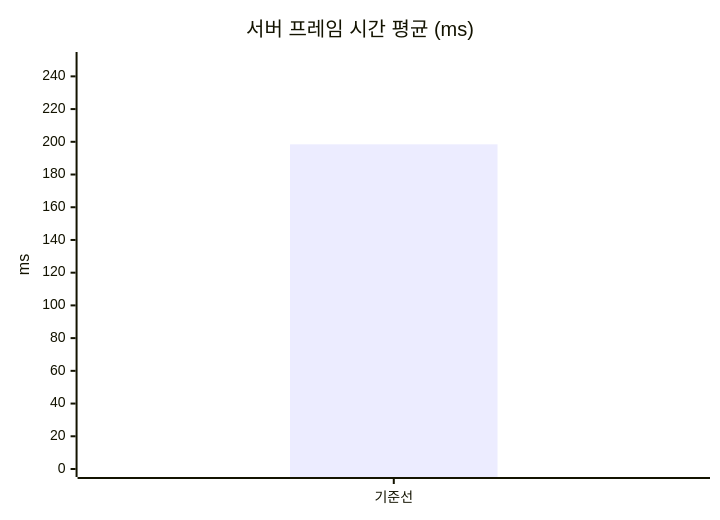
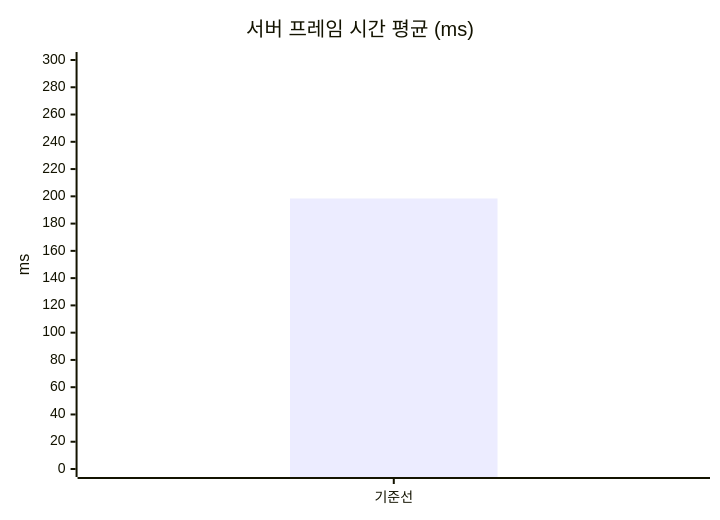
Before and after one commit to hon454/ue-dedicated-server-optimization-lab: the second of 5 diagrams in README.md, drawn with Mermaid. The commit also changed other lines of this file and 4 other files, not shown here.

````diff
--- a/README.md
+++ b/README.md
@@ -94,7 +94,7 @@
 ```mermaid
 xychart-beta
     title "서버 프레임 시간 평균 (ms)"
     x-axis ["기준선"]
-    y-axis "ms" 0 --> 250
+    y-axis "ms" 0 --> 300
     bar [198.44]
 ```
````
